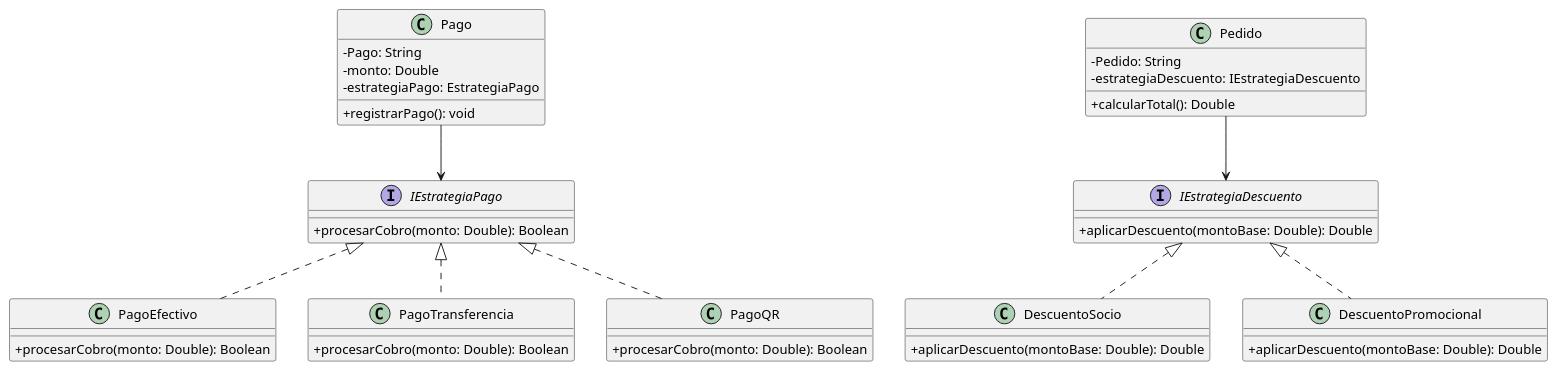
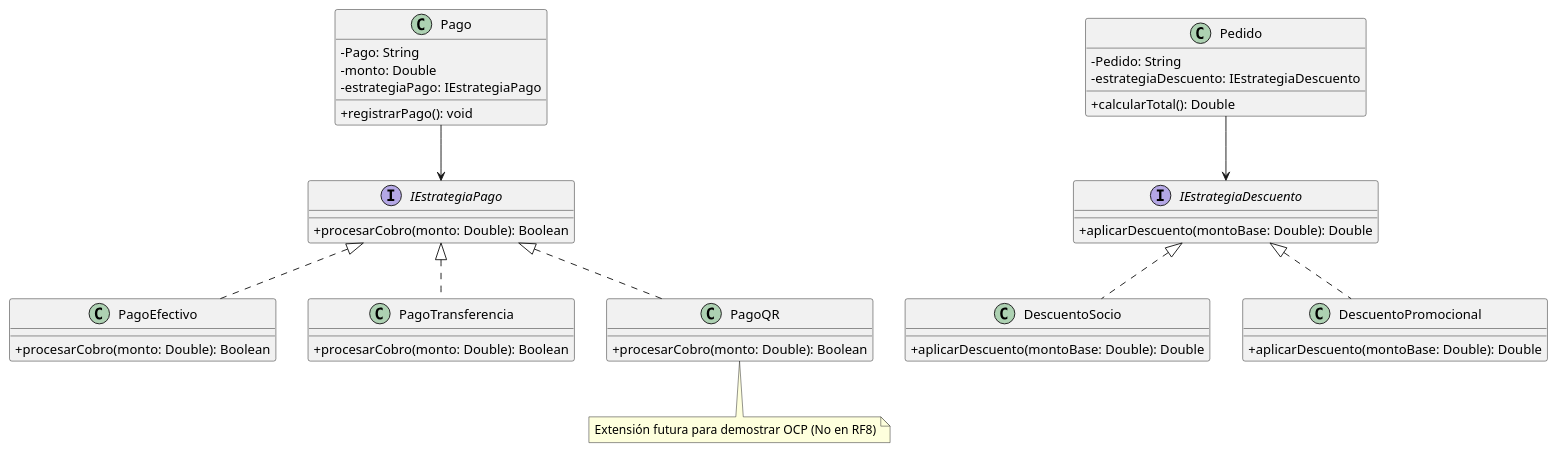
Before and after one commit to eloeyhe/SistemaPedidos: the diagram in diagramas/01-diagrama-clases/01-solid-02-ocp.puml, drawn with PlantUML. The commit also changed 4 other files, not shown here.

```diff
--- a/diagramas/01-diagrama-clases/01-solid-02-ocp.puml
+++ b/diagramas/01-diagrama-clases/01-solid-02-ocp.puml
@@ -1,49 +1,50 @@
 @startuml 01-solid-02-ocp
 skinparam classAttributeIconSize 0
 
 class Pago {
     - Pago: String
     - monto: Double
-    - estrategiaPago: EstrategiaPago
+    - estrategiaPago: IEstrategiaPago
     + registrarPago(): void
 }
 
 interface IEstrategiaPago {
     + procesarCobro(monto: Double): Boolean
 }
 
 class PagoEfectivo implements IEstrategiaPago {
     + procesarCobro(monto: Double): Boolean
 }
 
 class PagoTransferencia implements IEstrategiaPago {
     + procesarCobro(monto: Double): Boolean
 }
 
 class PagoQR implements IEstrategiaPago {
     + procesarCobro(monto: Double): Boolean
 }
+note bottom of PagoQR : Extensión futura para demostrar OCP (No en RF8)
 
 Pago --> IEstrategiaPago
 
 class Pedido {
     - Pedido: String
     - estrategiaDescuento: IEstrategiaDescuento
     + calcularTotal(): Double
 }
 
 interface IEstrategiaDescuento {
     + aplicarDescuento(montoBase: Double): Double
 }
 
 class DescuentoSocio implements IEstrategiaDescuento {
     + aplicarDescuento(montoBase: Double): Double
 }
 
 class DescuentoPromocional implements IEstrategiaDescuento {
     + aplicarDescuento(montoBase: Double): Double
 }
 
 Pedido --> IEstrategiaDescuento
 
 @enduml
```
